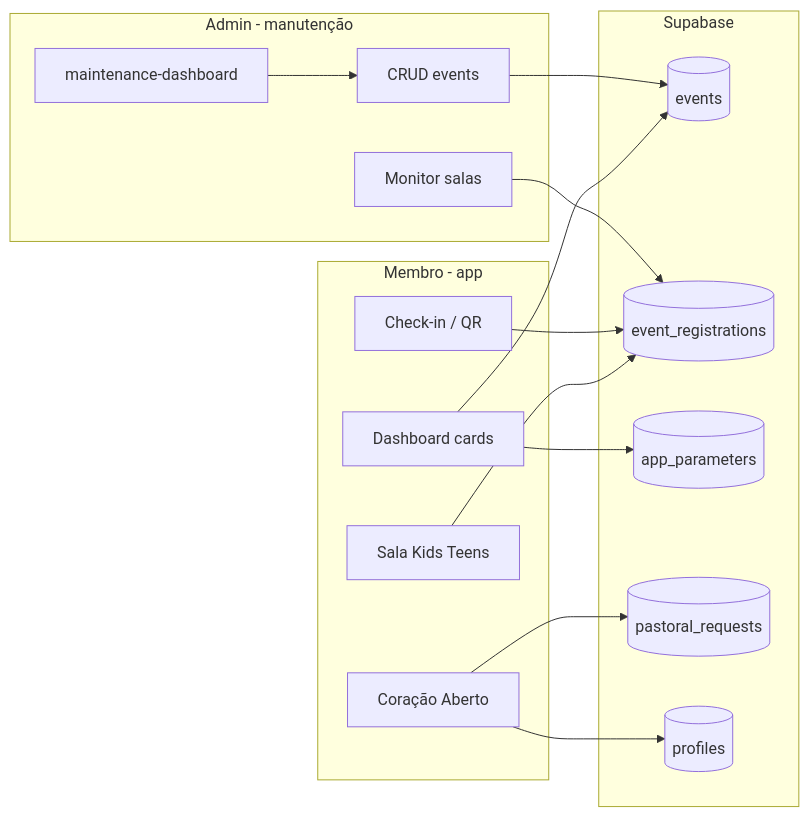
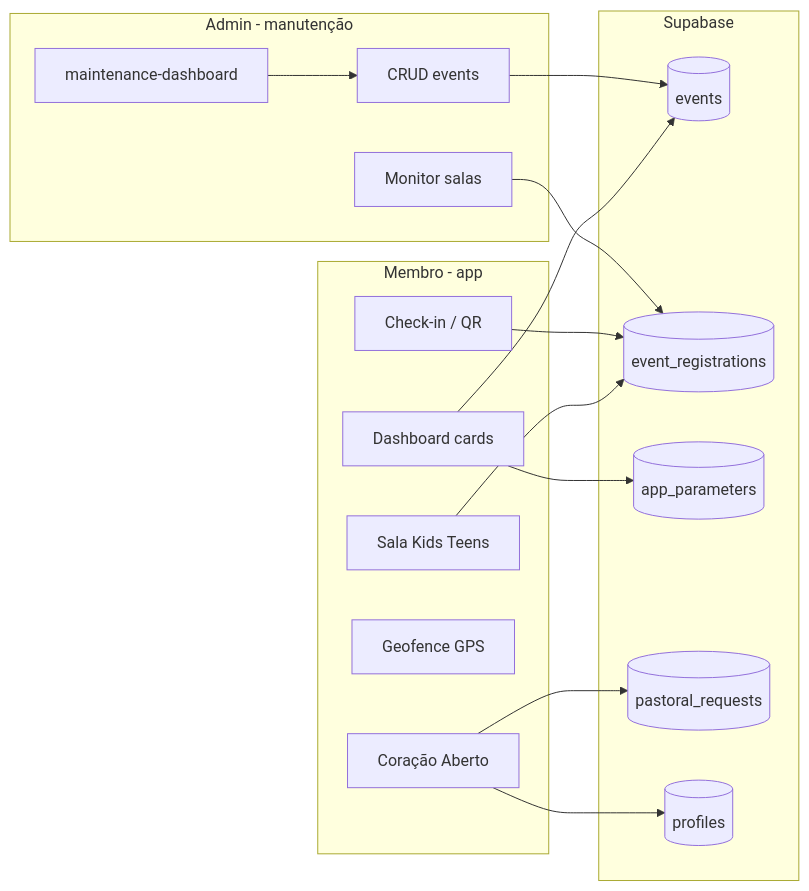
The diagram in MANUTENCAO_ECOSISTEMA.md (maufreitas63/app-igreja), drawn with Mermaid before and after one commit. The commit also changed other lines of this file and 86 other files, not shown here.

````diff
--- a/MANUTENCAO_ECOSISTEMA.md
+++ b/MANUTENCAO_ECOSISTEMA.md
@@ -30,33 +30,34 @@
 ```mermaid
 flowchart LR
   subgraph membro [Membro - app]
     D[Dashboard cards]
     P[Coração Aberto]
     Q[Check-in / QR]
+    G[Geofence GPS]
     S[Sala Kids Teens]
   end
 
   subgraph admin [Admin - manutenção]
     M[maintenance-dashboard]
     E[CRUD events]
     MON[Monitor salas]
   end
 
   subgraph supabase [Supabase]
     EV[(events)]
     ER[(event_registrations)]
     AP[(app_parameters)]
     PR[(pastoral_requests)]
     PF[(profiles)]
   end
 
   D --> EV
   D --> AP
   P --> PR
   S --> ER
   Q --> ER
   M --> E
   E --> EV
   MON --> ER
   P --> PF
 ```
````
